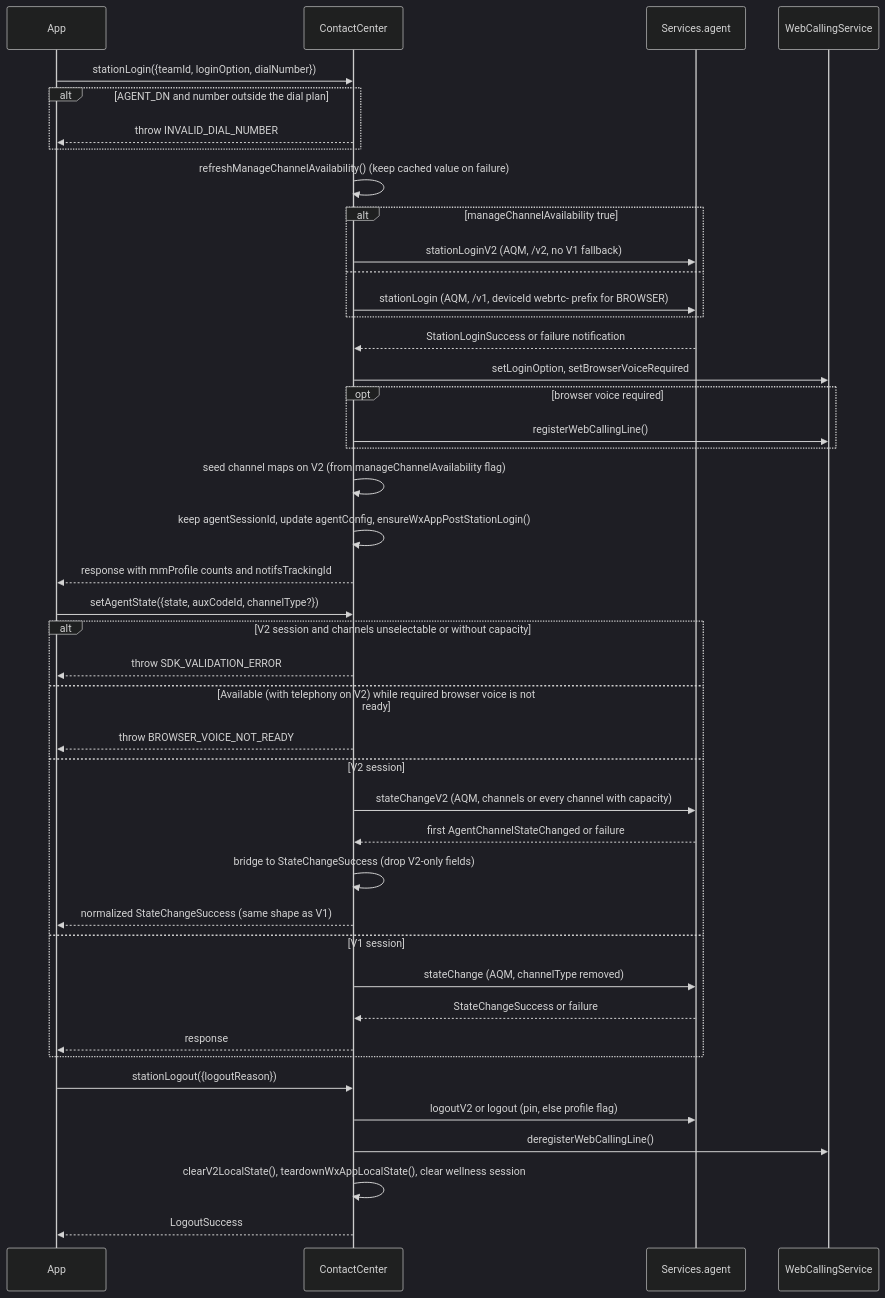
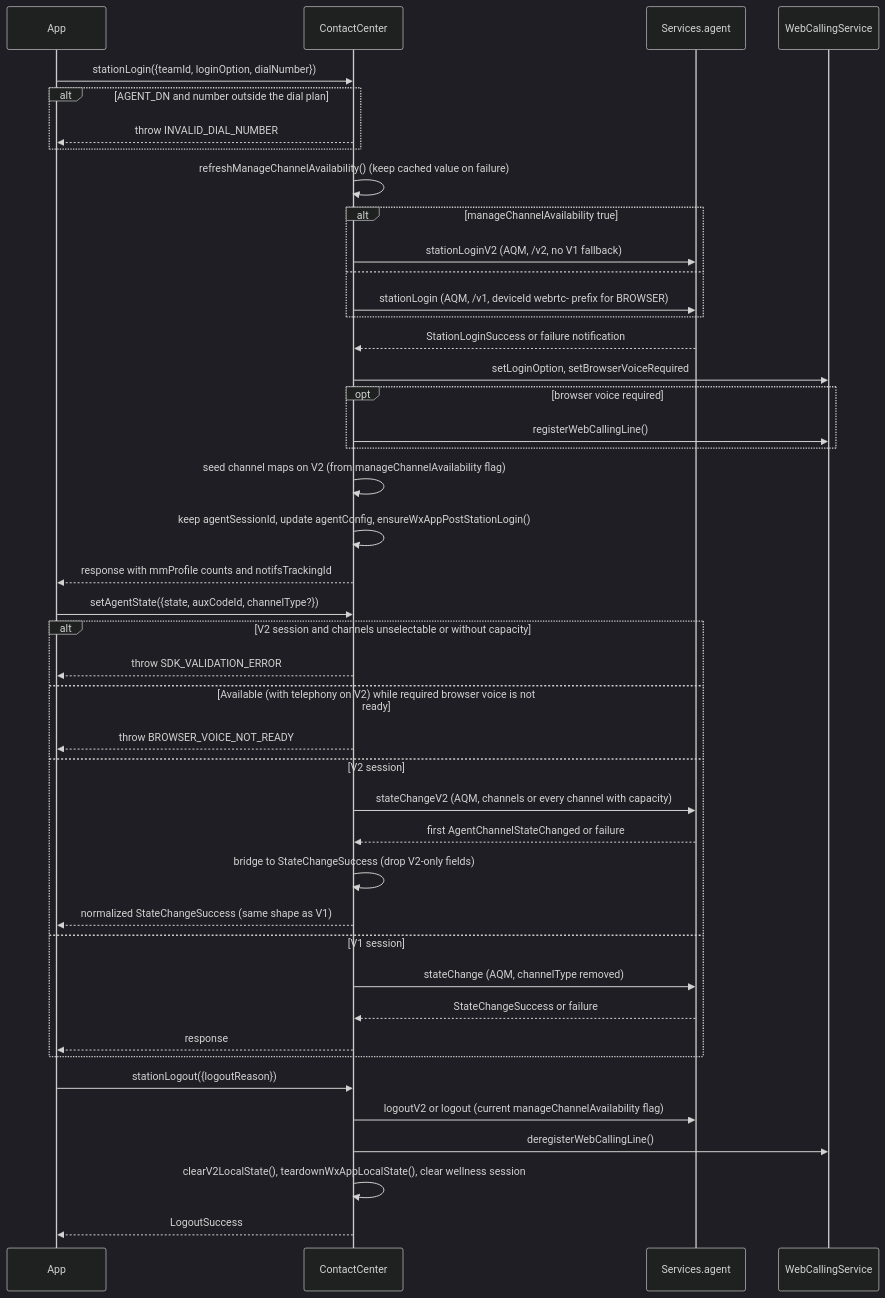
Before and after one commit to webex/webex-js-sdk: the fifth of 10 diagrams in packages/@webex/contact-center/src/docs/README.md, drawn with Mermaid (dark theme). The commit also changed other lines of this file and 6 other files, not shown here.

````diff
--- a/packages/@webex/contact-center/src/docs/README.md
+++ b/packages/@webex/contact-center/src/docs/README.md
@@ -405,45 +405,45 @@
 ```mermaid
 sequenceDiagram
   participant App
   participant CC as ContactCenter
   participant Agent as Services.agent
   participant Calling as WebCallingService
   App->>CC: stationLogin({teamId, loginOption, dialNumber})
   alt AGENT_DN and number outside the dial plan
     CC-->>App: throw INVALID_DIAL_NUMBER
   end
   CC->>CC: refreshManageChannelAvailability() (keep cached value on failure)
   alt manageChannelAvailability true
     CC->>Agent: stationLoginV2 (AQM, /v2, no V1 fallback)
   else
     CC->>Agent: stationLogin (AQM, /v1, deviceId webrtc- prefix for BROWSER)
   end
   Agent-->>CC: StationLoginSuccess or failure notification
   CC->>Calling: setLoginOption, setBrowserVoiceRequired
   opt browser voice required
     CC->>Calling: registerWebCallingLine()
   end
   CC->>CC: seed channel maps on V2 (from manageChannelAvailability flag)
   CC->>CC: keep agentSessionId, update agentConfig, ensureWxAppPostStationLogin()
   CC-->>App: response with mmProfile counts and notifsTrackingId
   App->>CC: setAgentState({state, auxCodeId, channelType?})
   alt V2 session and channels unselectable or without capacity
     CC-->>App: throw SDK_VALIDATION_ERROR
   else Available (with telephony on V2) while required browser voice is not ready
     CC-->>App: throw BROWSER_VOICE_NOT_READY
   else V2 session
     CC->>Agent: stateChangeV2 (AQM, channels or every channel with capacity)
     Agent-->>CC: first AgentChannelStateChanged or failure
     CC->>CC: bridge to StateChangeSuccess (drop V2-only fields)
     CC-->>App: normalized StateChangeSuccess (same shape as V1)
   else V1 session
     CC->>Agent: stateChange (AQM, channelType removed)
     Agent-->>CC: StateChangeSuccess or failure
     CC-->>App: response
   end
   App->>CC: stationLogout({logoutReason})
-  CC->>Agent: logoutV2 or logout (pin, else profile flag)
+  CC->>Agent: logoutV2 or logout (current manageChannelAvailability flag)
   CC->>Calling: deregisterWebCallingLine()
   CC->>CC: clearV2LocalState(), teardownWxAppLocalState(), clear wellness session
   CC-->>App: LogoutSuccess
 ```
````
